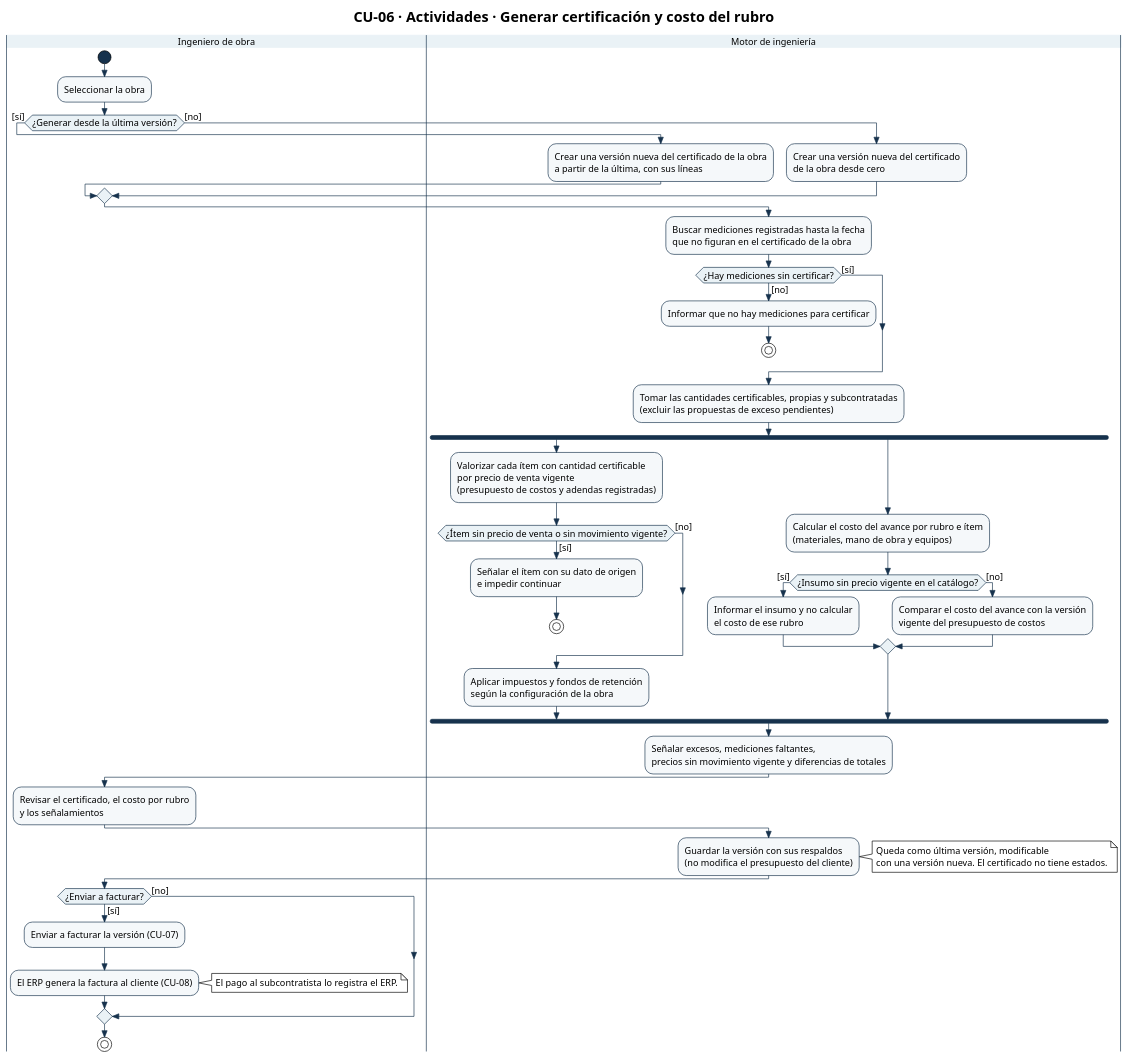
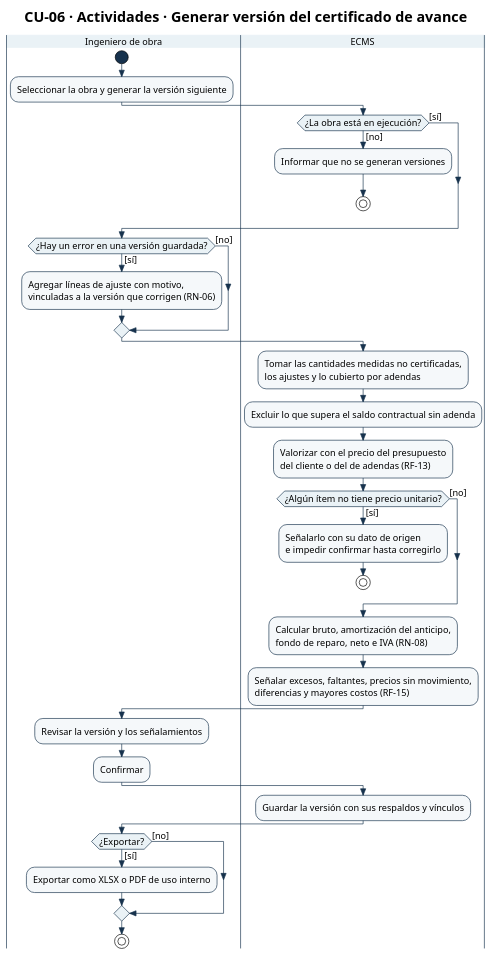
One commit to Ssrrb/tpf-uca changed the diagram in diagramas/CU-06-actividades.puml. Above: the diagram before and after it, drawn with PlantUML. The commit also changed 61 other files, not shown here.

First line of the commit message:
Regenera los diagramas para la v8 del Modelo de Análisis

```diff
--- a/diagramas/CU-06-actividades.puml
+++ b/diagramas/CU-06-actividades.puml
@@ -1,95 +1,78 @@
 @startuml
 !theme plain
 skinparam style strictuml
 skinparam shadowing false
 skinparam defaultFontName Arial
 skinparam defaultFontSize 14
 skinparam ArrowColor #17324D
 skinparam activity {
   StartColor #17324D
   EndColor #17324D
   BarColor #17324D
   BackgroundColor #F5F8FA
   BorderColor #17324D
   DiamondBackgroundColor #EAF2F6
   DiamondBorderColor #17324D
 }
 skinparam swimlane {
   BorderColor #17324D
   TitleBackgroundColor #EAF2F6
 }
-title CU-06 · Actividades · Generar certificación y costo del rubro
-
+skinparam state {
+  StartColor #17324D
+  EndColor #17324D
+  BackgroundColor #F5F8FA
+  BorderColor #17324D
+}
+skinparam package {
+  BackgroundColor #EAF2F6
+  BorderColor #17324D
+}
+skinparam note {
+  BackgroundColor #FFFFFF
+  BorderColor #17324D
+}
+title CU-06 · Actividades · Generar versión del certificado de avance
 |Ingeniero de obra|
 start
-:Seleccionar la obra;
-if (¿Generar desde la última versión?) then ([sí])
-  |Motor de ingeniería|
-  :Crear una versión nueva del certificado de la obra
-  a partir de la última, con sus líneas;
-else ([no])
-  |Motor de ingeniería|
-  :Crear una versión nueva del certificado
-  de la obra desde cero;
-endif
-:Buscar mediciones registradas hasta la fecha
-que no figuran en el certificado de la obra;
-if (¿Hay mediciones sin certificar?) then ([no])
-  :Informar que no hay mediciones para certificar;
+:Seleccionar la obra y generar la versión siguiente;
+|ECMS|
+if (¿La obra está en ejecución?) then ([no])
+  :Informar que no se generan versiones;
   stop
 else ([sí])
 endif
-:Tomar las cantidades certificables, propias y subcontratadas
-(excluir las propuestas de exceso pendientes);
-
-fork
-  :Valorizar cada ítem con cantidad certificable
-  por precio de venta vigente
-  (presupuesto de costos y adendas registradas);
-  if (¿Ítem sin precio de venta o sin movimiento vigente?) then ([sí])
-    :Señalar el ítem con su dato de origen
-    e impedir continuar;
-    stop
-  else ([no])
-  endif
-  :Aplicar impuestos y fondos de retención
-  según la configuración de la obra;
-fork again
-  :Calcular el costo del avance por rubro e ítem
-  (materiales, mano de obra y equipos);
-  if (¿Insumo sin precio vigente en el catálogo?) then ([sí])
-    :Informar el insumo y no calcular
-    el costo de ese rubro;
-  else ([no])
-    :Comparar el costo del avance con la versión
-    vigente del presupuesto de costos;
-  endif
-end fork
-
-:Señalar excesos, mediciones faltantes,
-precios sin movimiento vigente y diferencias de totales;
-
 |Ingeniero de obra|
-:Revisar el certificado, el costo por rubro
-y los señalamientos;
-
-|Motor de ingeniería|
-:Guardar la versión con sus respaldos
-(no modifica el presupuesto del cliente);
-
-note right
-  Queda como última versión, modificable
-  con una versión nueva. El certificado no tiene estados.
-end note
-
+if (¿Hay un error en una versión guardada?) then ([sí])
+  :Agregar líneas de ajuste con motivo,
+  vinculadas a la versión que corrigen (RN-06);
+else ([no])
+endif
+|ECMS|
+:Tomar las cantidades medidas no certificadas,
+los ajustes y lo cubierto por adendas;
+:Excluir lo que supera el saldo contractual sin adenda;
+:Valorizar con el precio del presupuesto
+del cliente o del de adendas (RF-13);
+if (¿Algún ítem no tiene precio unitario?) then ([sí])
+  :Señalarlo con su dato de origen
+  e impedir confirmar hasta corregirlo;
+  stop
+else ([no])
+endif
+:Calcular bruto, amortización del anticipo,
+fondo de reparo, neto e IVA (RN-08);
+:Señalar excesos, faltantes, precios sin movimiento,
+diferencias y mayores costos (RF-15);
 |Ingeniero de obra|
-if (¿Enviar a facturar?) then ([sí])
-  :Enviar a facturar la versión (CU-07);
-  :El ERP genera la factura al cliente (CU-08);
-  note right
-    El pago al subcontratista lo registra el ERP.
-  end note
+:Revisar la versión y los señalamientos;
+:Confirmar;
+|ECMS|
+:Guardar la versión con sus respaldos y vínculos;
+|Ingeniero de obra|
+if (¿Exportar?) then ([sí])
+  :Exportar como XLSX o PDF de uso interno;
 else ([no])
 endif
 stop
 @enduml
```
